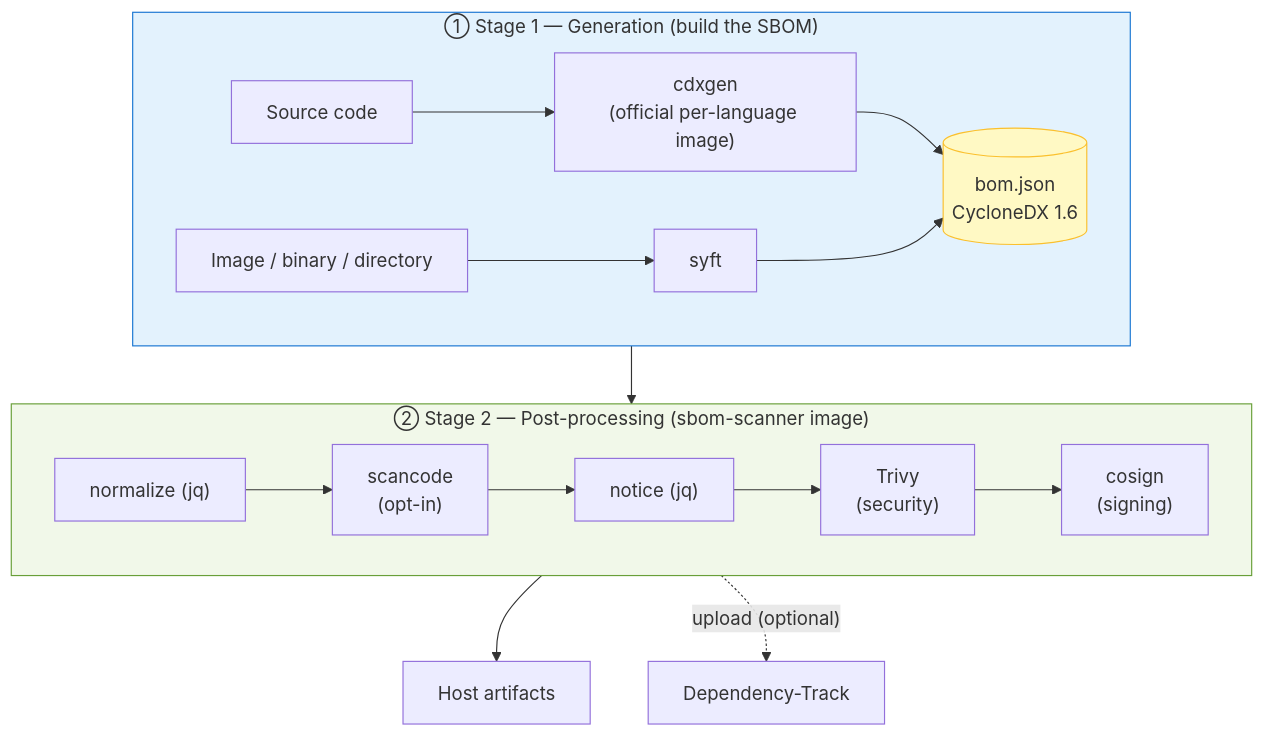
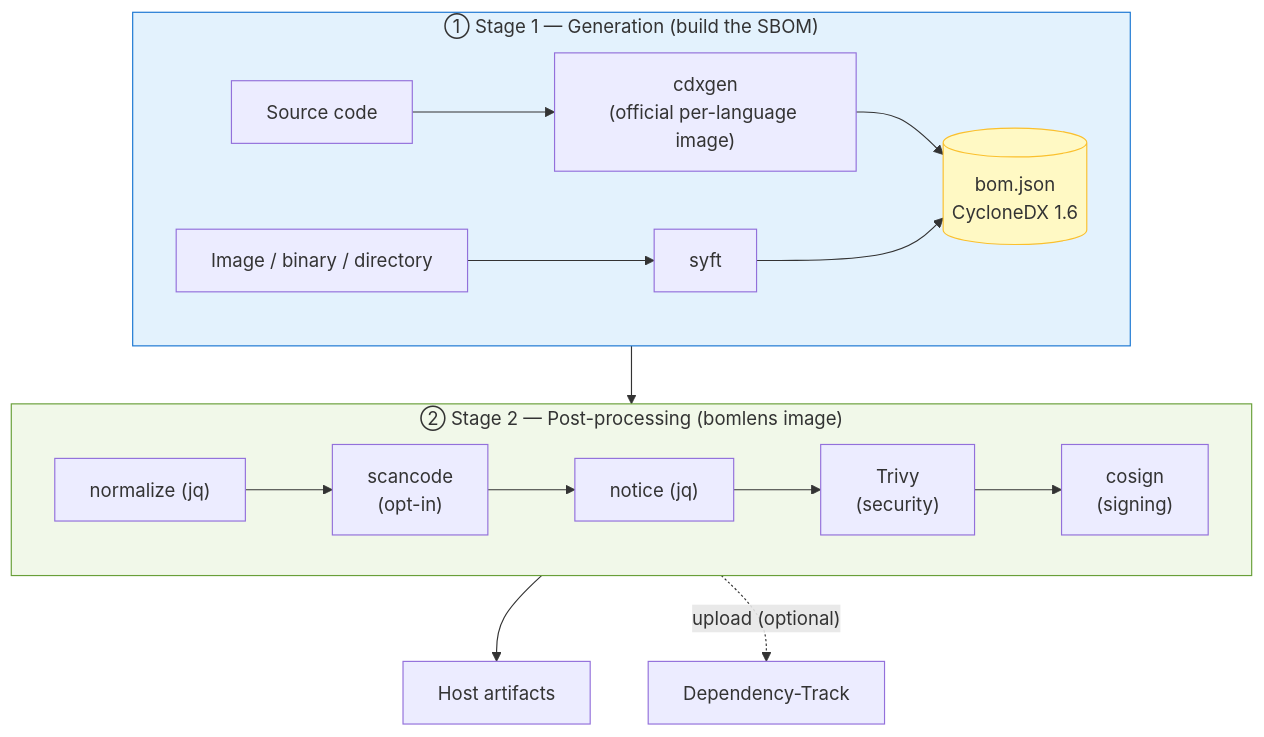
The first of 6 diagrams in docs/concepts/architecture.md (sktelecom/bomlens), drawn with Mermaid before and after one commit. The commit also changed other lines of this file and 2 other files, not shown here.

First line of the commit message:
docs: bring README and architecture up to date with v1.5.0

````diff
--- a/docs/concepts/architecture.md
+++ b/docs/concepts/architecture.md
@@ -16,26 +16,26 @@
 ```mermaid
 flowchart TB
     subgraph S1["① Stage 1 — Generation (build the SBOM)"]
         direction LR
         SRC["Source code"] --> CDX["cdxgen<br/>(official per-language image)"]
         IMG["Image / binary / directory"] --> SYFT["syft"]
         CDX --> BOM[("bom.json<br/>CycloneDX 1.6")]
         SYFT --> BOM
     end
 
-    subgraph S2["② Stage 2 — Post-processing (sbom-scanner image)"]
+    subgraph S2["② Stage 2 — Post-processing (bomlens image)"]
         direction LR
         NORM["normalize (jq)"] --> SCAN["scancode<br/>(opt-in)"]
         SCAN --> NOTICE["notice (jq)"]
         NOTICE --> TRIVY["Trivy<br/>(security)"]
         TRIVY --> SIGN["cosign<br/>(signing)"]
     end
 
     BOM --> NORM
     SIGN --> OUT["Host artifacts"]
     SIGN -.upload (optional).-> DT["Dependency-Track"]
 
     style S1 fill:#e3f2fd,stroke:#1976d2
     style S2 fill:#f1f8e9,stroke:#689f38
     style BOM fill:#fff9c4,stroke:#fbc02d
 ```
````
